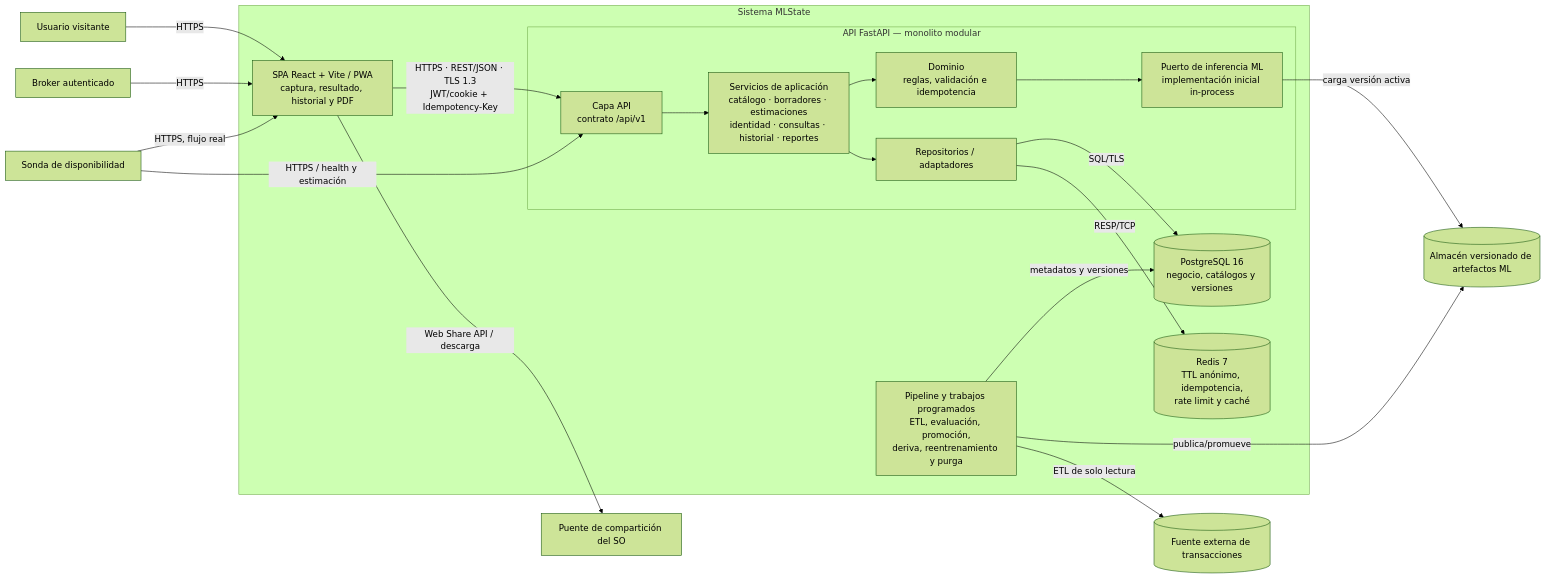
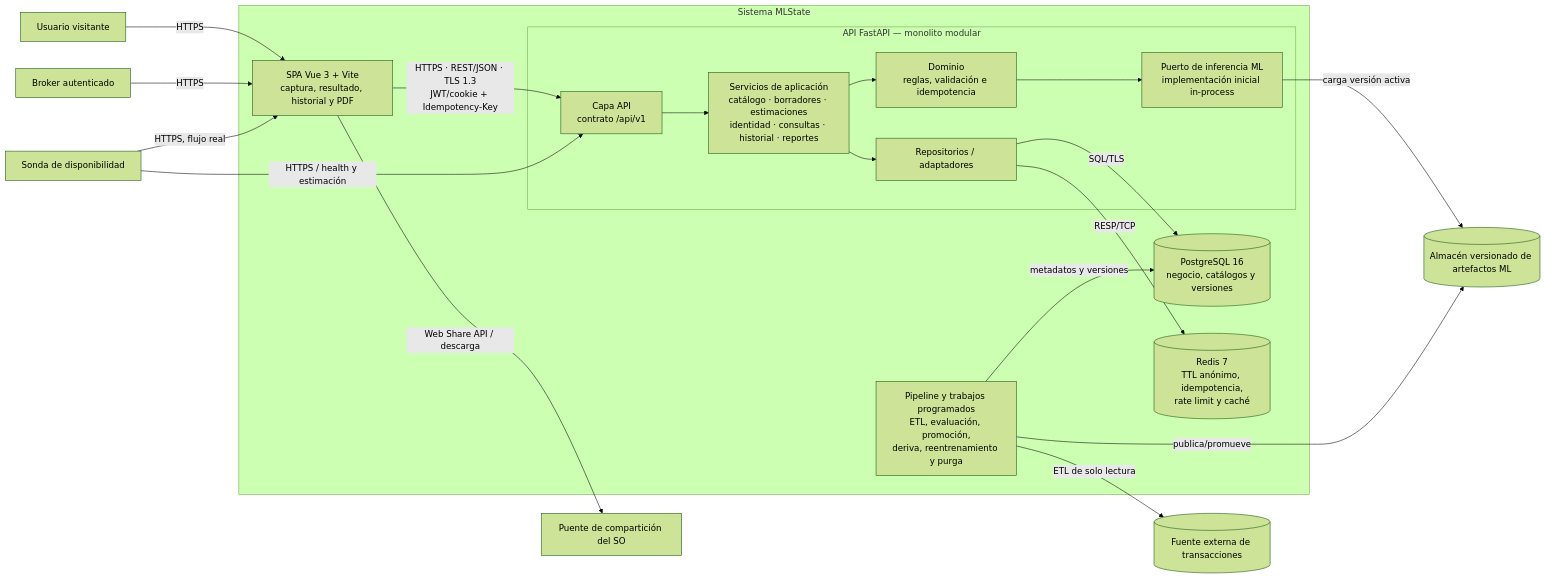
Before and after one commit to CLA-TC5062-SN2026/TC5062-17: the diagram in backend/S05_S06_A1/arquitectura_equipo.md, drawn with Mermaid (forest theme). The commit also changed 68 other files, not shown here.

````diff
--- a/backend/S05_S06_A1/arquitectura_equipo.md
+++ b/backend/S05_S06_A1/arquitectura_equipo.md
@@ -11,44 +11,44 @@
 ```mermaid
 flowchart LR
     visitante["Usuario visitante"]
     broker["Broker autenticado"]
     probe["Sonda de disponibilidad"]
     txdb[("Fuente externa de transacciones")]
     artifacts[("Almacén versionado de artefactos ML")]
     share["Puente de compartición del SO"]
 
     subgraph MLState["Sistema MLState"]
-        spa["SPA React + Vite / PWA<br/>captura, resultado, historial y PDF"]
+        spa["SPA Vue 3 + Vite<br/>captura, resultado, historial y PDF"]
 
         subgraph api["API FastAPI — monolito modular"]
             routes["Capa API<br/>contrato /api/v1"]
             services["Servicios de aplicación<br/>catálogo · borradores · estimaciones<br/>identidad · consultas · historial · reportes"]
             domain["Dominio<br/>reglas, validación e idempotencia"]
             inference["Puerto de inferencia ML<br/>implementación inicial in-process"]
             repos["Repositorios / adaptadores"]
         end
 
         postgres[("PostgreSQL 16<br/>negocio, catálogos y versiones")]
         redis[("Redis 7<br/>TTL anónimo, idempotencia,<br/>rate limit y caché")]
         pipeline["Pipeline y trabajos programados<br/>ETL, evaluación, promoción,<br/>deriva, reentrenamiento y purga"]
     end
 
     visitante -->|HTTPS| spa
     broker -->|HTTPS| spa
     spa -->|"HTTPS · REST/JSON · TLS 1.3<br/>JWT/cookie + Idempotency-Key"| routes
     spa -->|"Web Share API / descarga"| share
     probe -->|"HTTPS, flujo real"| spa
     probe -->|"HTTPS / health y estimación"| routes
 
     routes --> services
     services --> domain
     domain --> inference
     services --> repos
     repos -->|"SQL/TLS"| postgres
     repos -->|"RESP/TCP"| redis
     inference -->|"carga versión activa"| artifacts
 
     pipeline -->|"ETL de solo lectura"| txdb
     pipeline -->|"metadatos y versiones"| postgres
     pipeline -->|"publica/promueve"| artifacts
 ```
````
